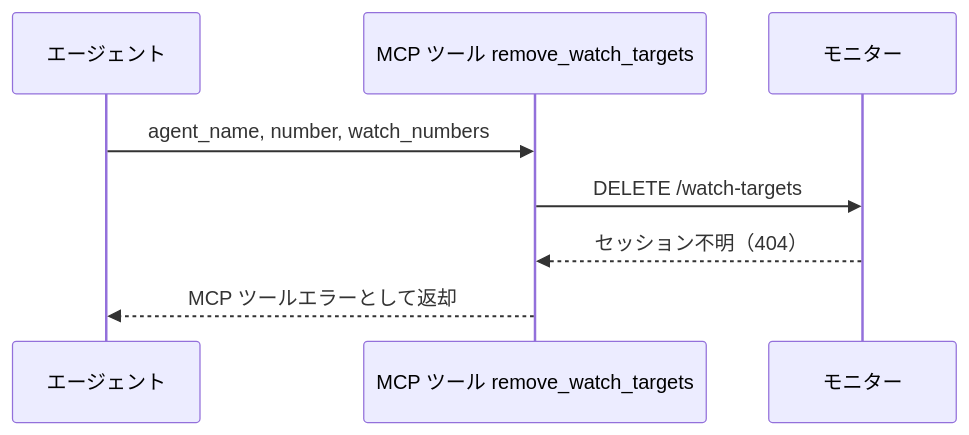
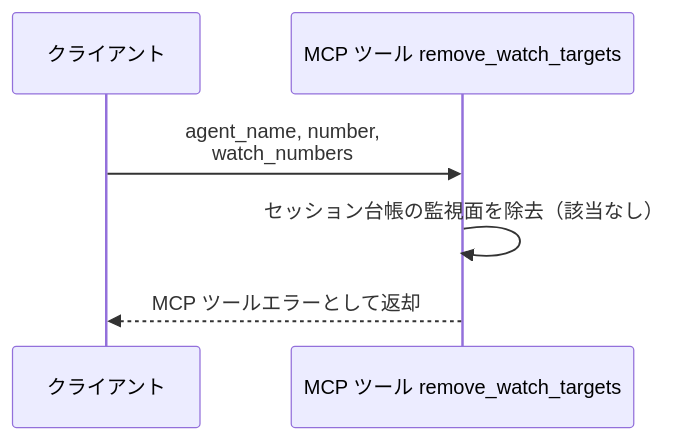
One commit to shuhei1101/ai-monitor changed the second of 2 diagrams in docs/wiki/設計図/バックエンド結合/監視対象除去.py.md. Above: the diagram before and after it, drawn with Mermaid. The commit also changed other lines of this file and 67 other files, not shown here.

````diff
--- a/docs/wiki/設計図/バックエンド結合/監視対象除去.py.md
+++ b/docs/wiki/設計図/バックエンド結合/監視対象除去.py.md
@@ -115,11 +108,9 @@
 ```mermaid
 sequenceDiagram
-  participant A as エージェント
-  participant T as MCP ツール remove_watch_targets
-  participant MON as モニター
+  participant C as クライアント
+  participant IF as MCP ツール remove_watch_targets
 
-  A->>T: agent_name, number, watch_numbers
-  T->>MON: DELETE /watch-targets
-  MON-->>T: セッション不明（404）
-  T-->>A: MCP ツールエラーとして返却
+  C->>IF: agent_name, number,<br>watch_numbers
+  IF->>IF: セッション台帳の監視面を除去（該当なし）
+  IF-->>C: MCP ツールエラーとして返却
 ```
````
